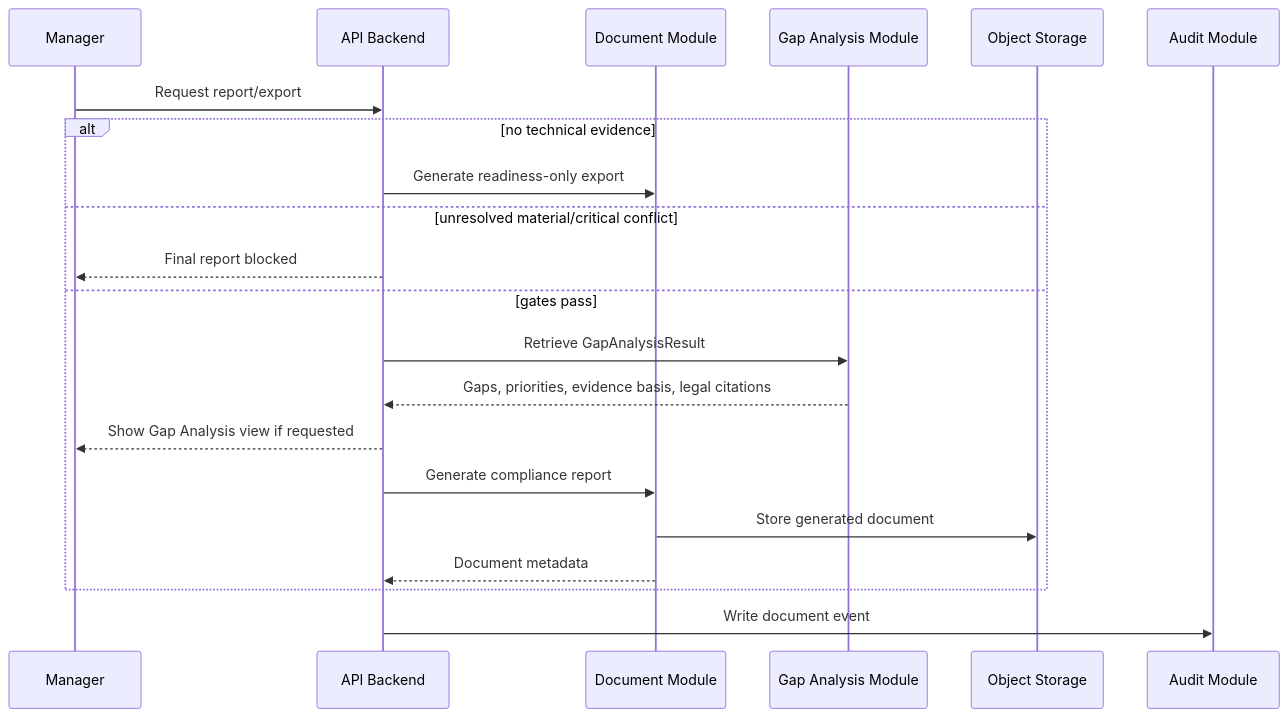
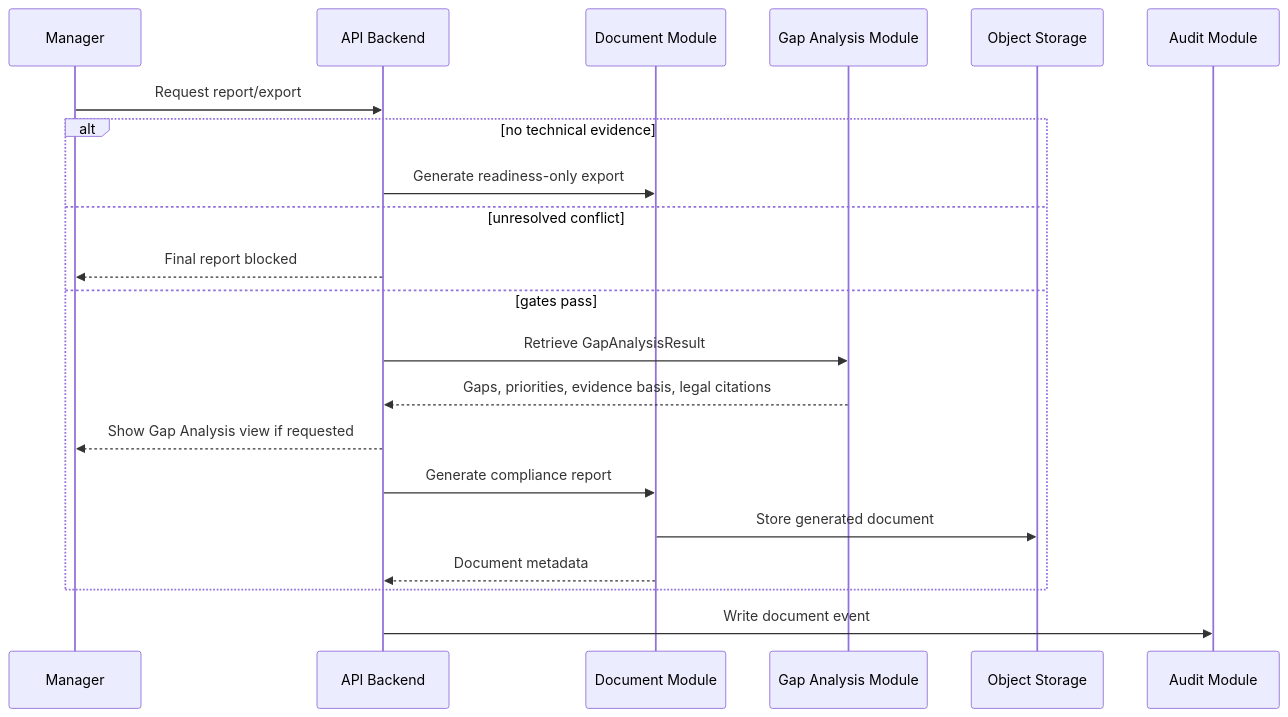
One commit to khovan123/LCSP changed diagram 17 of 18 in docs/design/sequence-diagrams.md. Above: the diagram before and after it, drawn with Mermaid. The commit also changed other lines of this file and 122 other files, not shown here.

````diff
--- a/docs/design/sequence-diagrams.md
+++ b/docs/design/sequence-diagrams.md
@@ -371,23 +481,23 @@
 ```mermaid
 sequenceDiagram
   participant M as Manager
   participant API as API Backend
   participant Doc as Document Module
   participant Gap as Gap Analysis Module
   participant Obj as Object Storage
   participant Audit as Audit Module
   M->>API: Request report/export
   alt no technical evidence
     API->>Doc: Generate readiness-only export
-  else unresolved material/critical conflict
+  else unresolved conflict
     API-->>M: Final report blocked
   else gates pass
     API->>Gap: Retrieve GapAnalysisResult
     Gap-->>API: Gaps, priorities, evidence basis, legal citations
     API-->>M: Show Gap Analysis view if requested
     API->>Doc: Generate compliance report
     Doc->>Obj: Store generated document
     Doc-->>API: Document metadata
   end
   API->>Audit: Write document event
 ```
````
